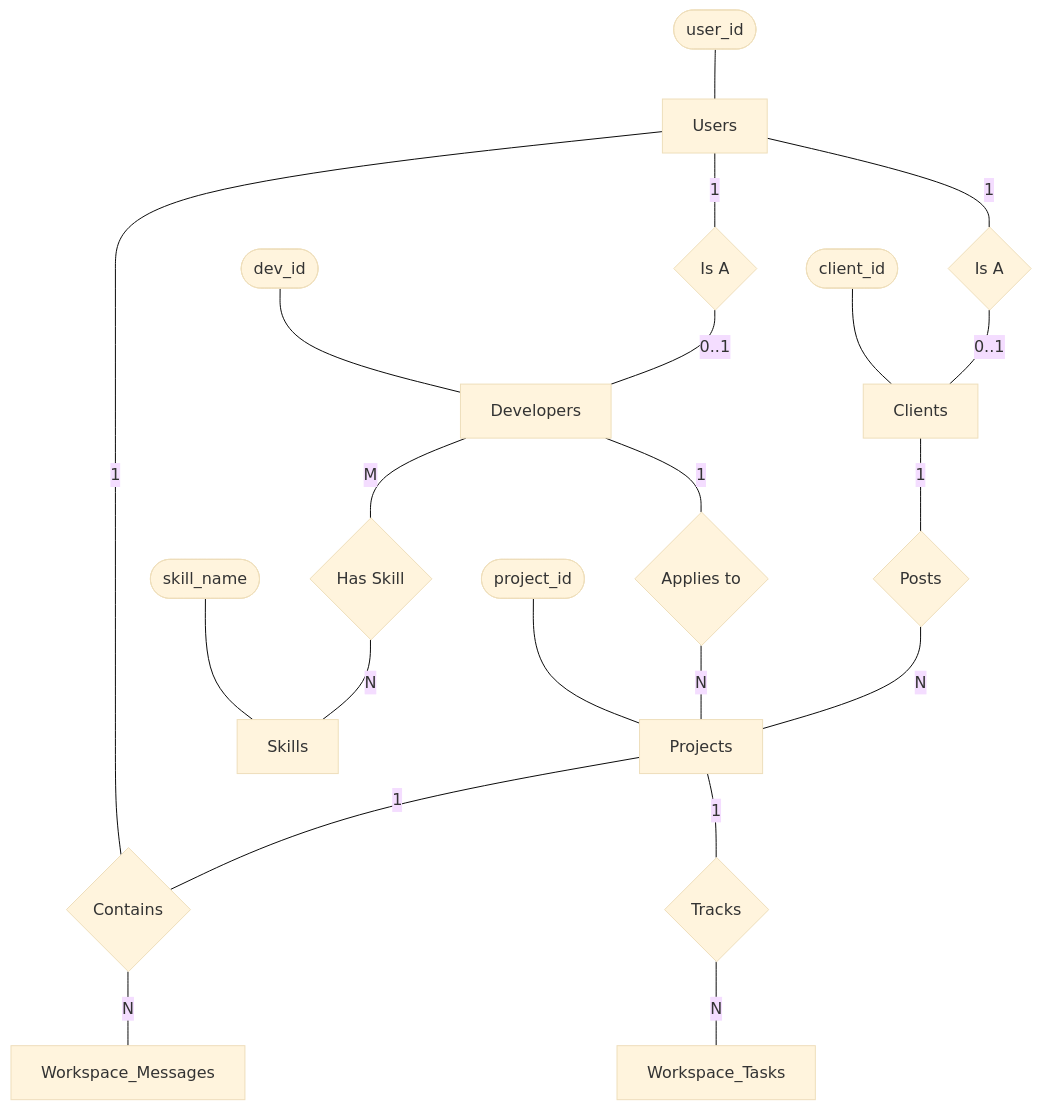
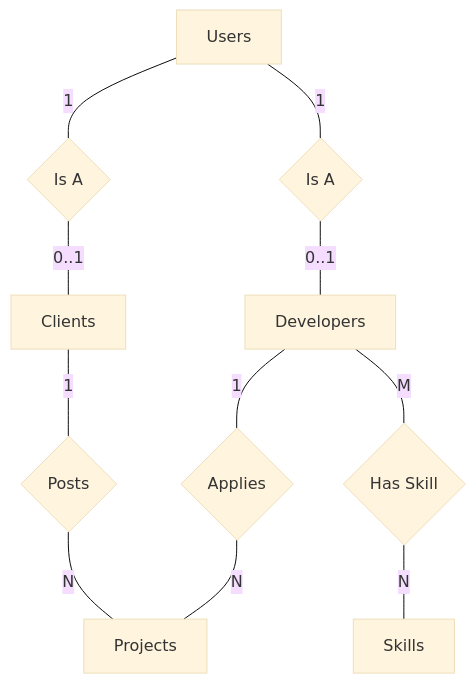
One commit to qhmed67/ReadmeTest changed the second of 3 diagrams in README.md. Above: the diagram before and after it, drawn with Mermaid (base theme). The commit also changed other lines of this file, not shown here.

````diff
--- a/README.md
+++ b/README.md
@@ -30,40 +102,20 @@
 ```mermaid
 flowchart TD
-    %% Entities (Rectangles)
     U[Users]
     C[Clients]
     D[Developers]
     P[Projects]
     S[Skills]
-    M[Workspace_Messages]
-    T[Workspace_Tasks]
 
-    %% Relationships (Diamonds)
     IsA1{Is A}
     IsA2{Is A}
     Posts{Posts}
-    Applies{Applies to}
-    HasSkill{Has Skill}
-    HasMsg{Contains}
-    HasTask{Tracks}
+    Applies{Applies}
+    Has{Has Skill}
 
-    %% Connect Entities to Relationships
     U ---|1| IsA1 ---|0..1| C
     U ---|1| IsA2 ---|0..1| D
-    
     C ---|1| Posts ---|N| P
     D ---|1| Applies ---|N| P
-    D ---|M| HasSkill ---|N| S
-    
-    P ---|1| HasMsg ---|N| M
-    U ---|1| HasMsg
-    
-    P ---|1| HasTask ---|N| T
-
-    %% Key Attributes (Ovals)
-    u_id([user_id]) --- U
-    c_id([client_id]) --- C
-    d_id([dev_id]) --- D
-    p_id([project_id]) --- P
-    s_id([skill_name]) --- S
+    D ---|M| Has ---|N| S
 ```
````
